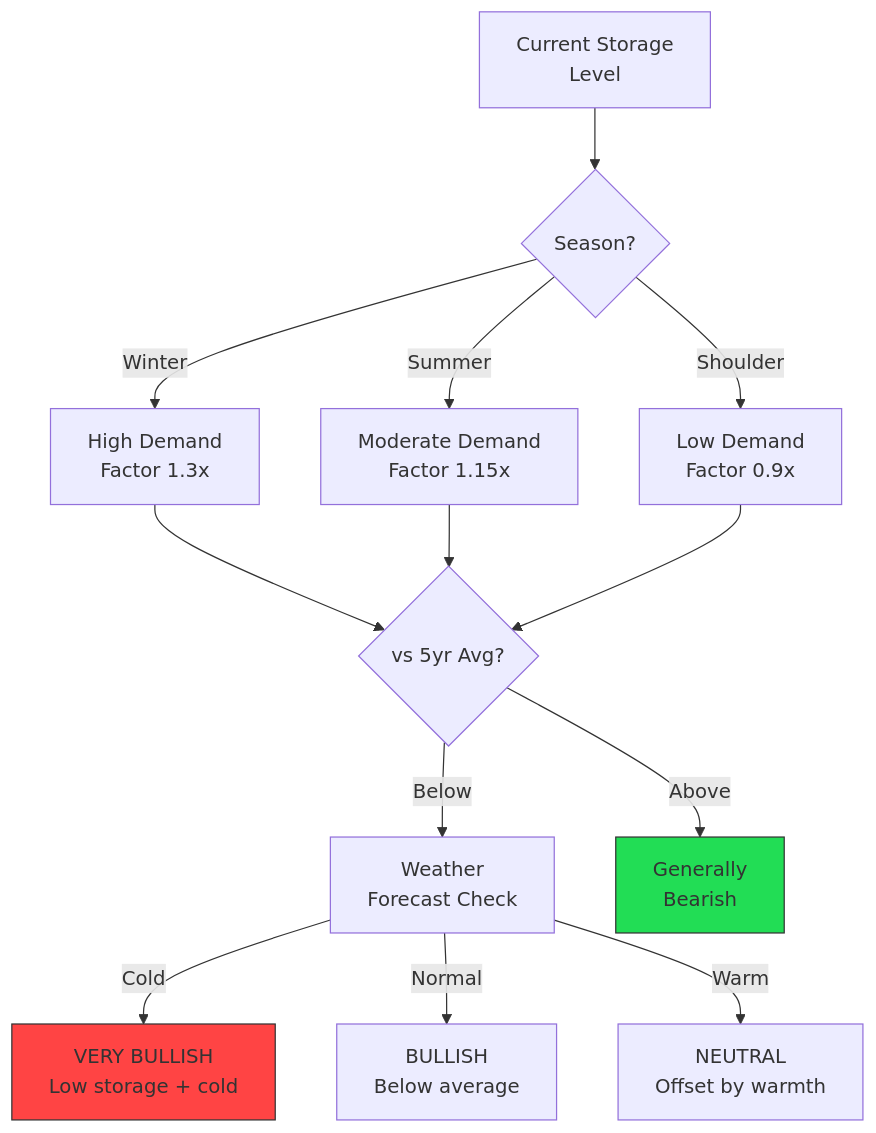
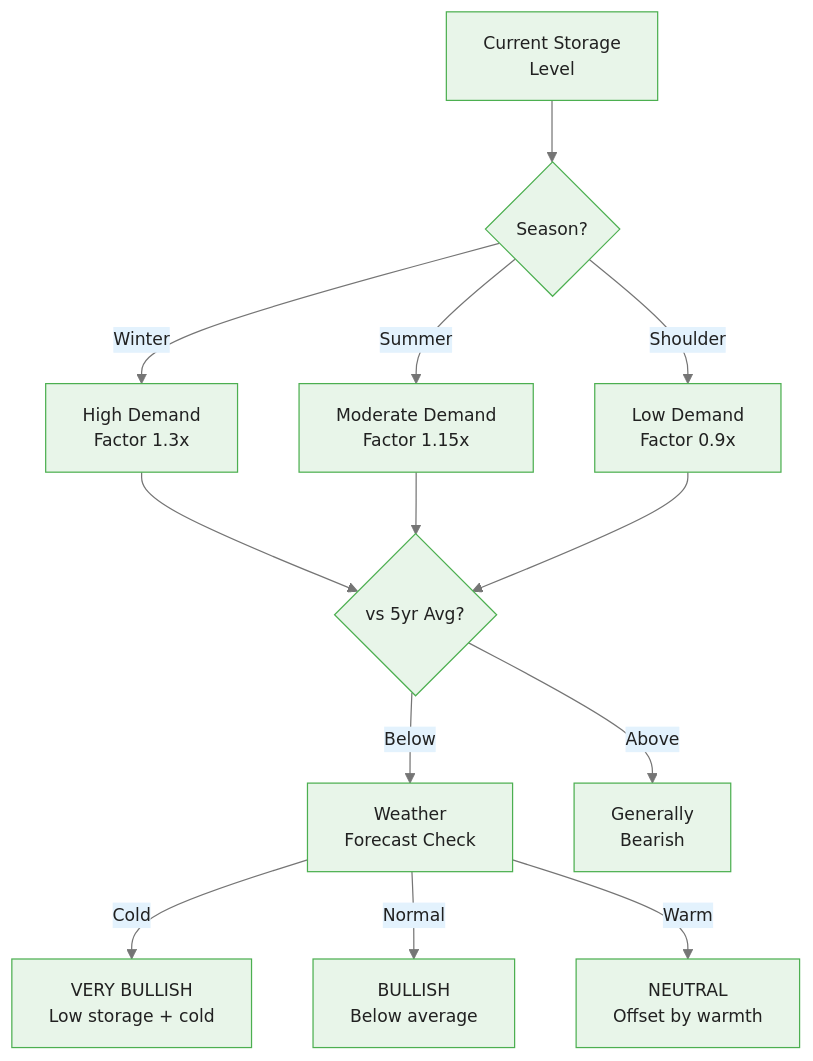
One commit to m-deane/course-creator changed the fourth of 5 diagrams in courses/genai-commodities/modules/module_04_fundamentals/guides/01_balance_modeling_slides.md. Above: the diagram before and after it, drawn with Mermaid. The commit also changed other lines of this file and 84 other files, not shown here.

````diff
--- a/courses/genai-commodities/modules/module_04_fundamentals/guides/01_balance_modeling_slides.md
+++ b/courses/genai-commodities/modules/module_04_fundamentals/guides/01_balance_modeling_slides.md
@@ -374,21 +430,19 @@
 ```mermaid
+%%{init: {"theme": "base", "themeVariables": {"primaryColor": "#e8f5e9", "primaryBorderColor": "#4caf50", "primaryTextColor": "#212121", "secondaryColor": "#e3f2fd", "tertiaryColor": "#fff8e1", "lineColor": "#757575", "fontFamily": "Inter, sans-serif", "fontSize": "14px"}}}%%
 flowchart TD
     A[Current Storage<br/>Level] --> B{Season?}
     B -->|Winter| C[High Demand<br/>Factor 1.3x]
     B -->|Summer| D[Moderate Demand<br/>Factor 1.15x]
     B -->|Shoulder| E[Low Demand<br/>Factor 0.9x]
 
     C --> F{vs 5yr Avg?}
     D --> F
     E --> F
 
     F -->|Below| G[Weather<br/>Forecast Check]
     F -->|Above| H[Generally<br/>Bearish]
 
     G -->|Cold| I[VERY BULLISH<br/>Low storage + cold]
     G -->|Normal| J[BULLISH<br/>Below average]
     G -->|Warm| K[NEUTRAL<br/>Offset by warmth]
-
-    style I fill:#f44,stroke:#333
-    style H fill:#2d5,stroke:#333
 ```
````
